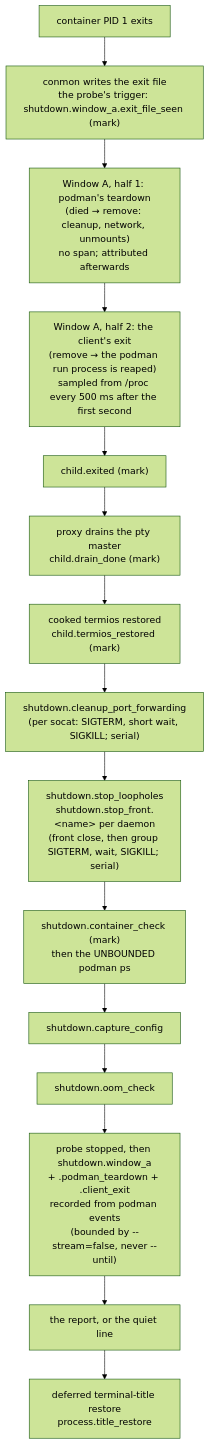
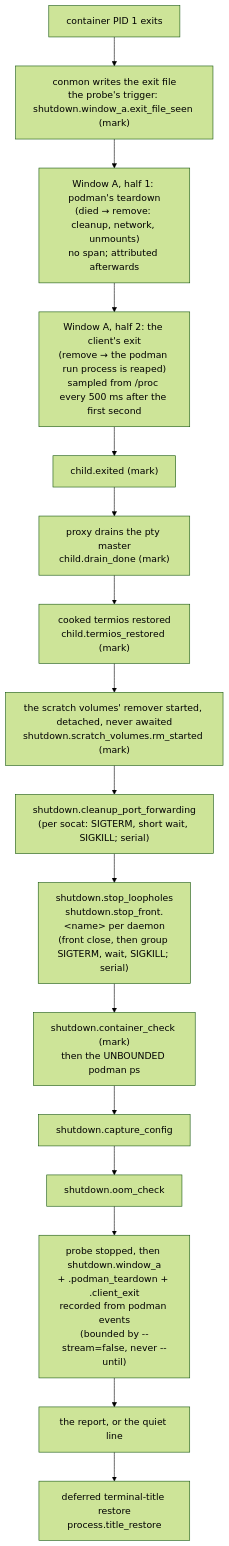
One commit to mschulkind-oss/yolo-jail changed the diagram in docs/reference/perf-logging.md. Above: the diagram before and after it, drawn with Mermaid (forest theme). The commit also changed other lines of this file and 23 other files, not shown here.

First line of the commit message:
fix(run): give the terminal back before the scratch volumes are deleted

````diff
--- a/docs/reference/perf-logging.md
+++ b/docs/reference/perf-logging.md
@@ -301,17 +301,18 @@
 ```mermaid
 flowchart TD
     pid1["container PID 1 exits"] --> exitfile["conmon writes the exit file<br/>the probe's trigger: shutdown.window_a.exit_file_seen (mark)"]
     exitfile --> wa["Window A, half 1: podman's teardown<br/>(died → remove: cleanup, network, unmounts)<br/>no span; attributed afterwards"]
     wa --> linger["Window A, half 2: the client's exit<br/>(remove → the podman run process is reaped)<br/>sampled from /proc every 500 ms after the first second"]
     linger --> exited["child.exited (mark)"]
     exited --> drain["proxy drains the pty master<br/>child.drain_done (mark)"]
     drain --> termios["cooked termios restored<br/>child.termios_restored (mark)"]
-    termios --> ports["shutdown.cleanup_port_forwarding<br/>(per socat: SIGTERM, short wait, SIGKILL; serial)"]
+    termios --> scratch["the scratch volumes' remover started, detached, never awaited<br/>shutdown.scratch_volumes.rm_started (mark)"]
+    scratch --> ports["shutdown.cleanup_port_forwarding<br/>(per socat: SIGTERM, short wait, SIGKILL; serial)"]
     ports --> fronts["shutdown.stop_loopholes<br/>shutdown.stop_front.&lt;name&gt; per daemon<br/>(front close, then group SIGTERM, wait, SIGKILL; serial)"]
     fronts --> check["shutdown.container_check (mark)<br/>then the UNBOUNDED podman ps"]
     check --> capture["shutdown.capture_config"]
     capture --> oom["shutdown.oom_check"]
     oom --> rec["probe stopped, then shutdown.window_a<br/>+ .podman_teardown + .client_exit<br/>recorded from podman events<br/>(bounded by --stream=false, never --until)"]
     rec --> report["the report, or the quiet line"]
     report --> title["deferred terminal-title restore<br/>process.title_restore"]
 ```
````
